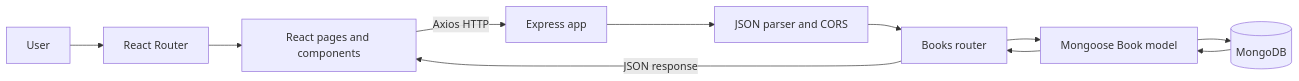
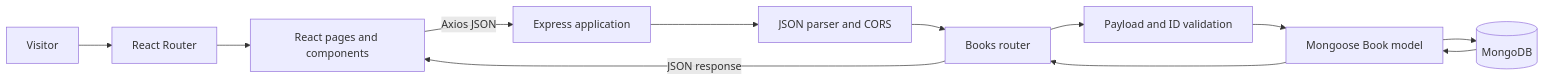
Before and after one commit to Brajesh31/Anime-Book-Store: the first of 2 diagrams in docs/architecture.md, drawn with Mermaid. The commit also changed other lines of this file and 6 other files, not shown here.

Commit message:
docs: expand API, architecture, data and testing references

````diff
--- a/docs/architecture.md
+++ b/docs/architecture.md
@@ -6,11 +12,13 @@
 ```mermaid
 flowchart LR
- U[User] --> R[React Router]
- R --> P[React pages and components]
- P -->|Axios HTTP| E[Express app]
- E --> M[JSON parser and CORS]
- M --> B[Books router]
- B --> O[Mongoose Book model]
- O --> D[(MongoDB)]
- D --> O --> B -->|JSON response| P
+ U[Visitor] --> R[React Router]
+ R --> UI[React pages and components]
+ UI -->|Axios JSON| API[Express application]
+ API --> MW[JSON parser and CORS]
+ MW --> BR[Books router]
+ BR --> V[Payload and ID validation]
+ V --> ODM[Mongoose Book model]
+ ODM --> DB[(MongoDB)]
+ DB --> ODM --> BR
+ BR -->|JSON response| UI
 ```
````
